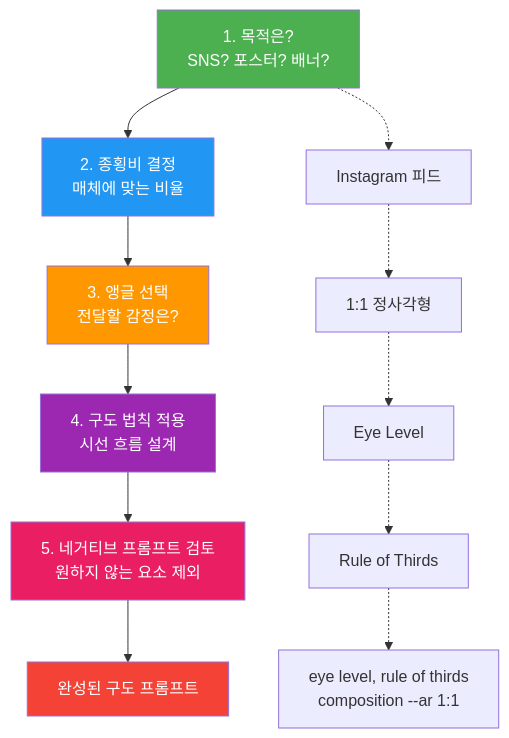
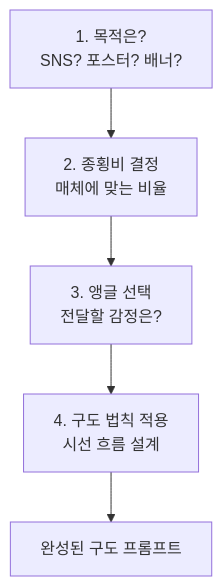
Before and after one commit to jsonpassion/forge-tutorial-promptcanvas: the second of 2 diagrams in 02-ch2-프롬프트-구조-마스터/03-03-구도와-앵글-시선을-이끄는-프레이밍.md, drawn with Mermaid. The commit also changed other lines of this file and 12 other files, not shown here.

````diff
--- a/02-ch2-프롬프트-구조-마스터/03-03-구도와-앵글-시선을-이끄는-프레이밍.md
+++ b/02-ch2-프롬프트-구조-마스터/03-03-구도와-앵글-시선을-이끄는-프레이밍.md
@@ -221,21 +192,7 @@
 ```mermaid
 flowchart TD
     Q1["1. 목적은?<br/>SNS? 포스터? 배너?"] --> Q2["2. 종횡비 결정<br/>매체에 맞는 비율"]
     Q2 --> Q3["3. 앵글 선택<br/>전달할 감정은?"]
     Q3 --> Q4["4. 구도 법칙 적용<br/>시선 흐름 설계"]
-    Q4 --> Q5["5. 네거티브 프롬프트 검토<br/>원하지 않는 요소 제외"]
-    Q5 --> RESULT["완성된 구도 프롬프트"]
-
-    Q1 -.-> EX1["Instagram 피드"]
-    EX1 -.-> EX2["1:1 정사각형"]
-    EX2 -.-> EX3["Eye Level"]
-    EX3 -.-> EX4["Rule of Thirds"]
-    EX4 -.-> EX5["eye level, rule of thirds<br/>composition --ar 1:1"]
-
-    style Q1 fill:#4CAF50,color:#fff
-    style Q2 fill:#2196F3,color:#fff
-    style Q3 fill:#FF9800,color:#fff
-    style Q4 fill:#9C27B0,color:#fff
-    style Q5 fill:#E91E63,color:#fff
-    style RESULT fill:#F44336,color:#fff
+    Q4 --> RESULT["완성된 구도 프롬프트"]
 ```
````
